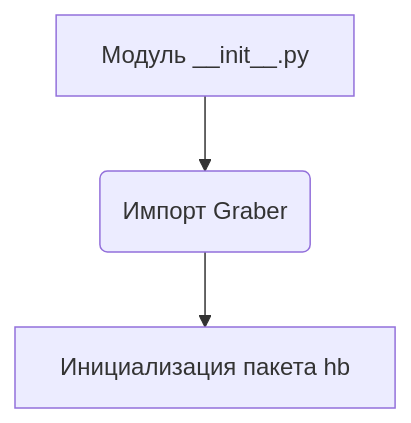
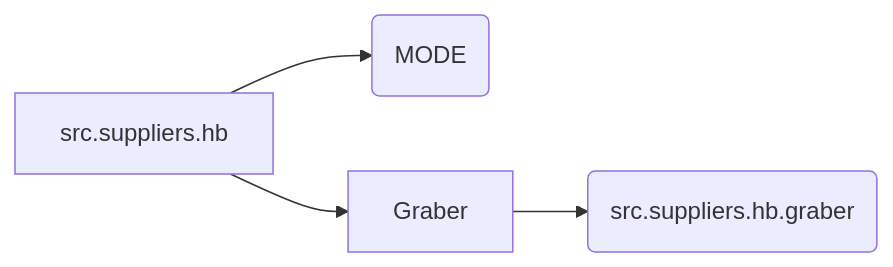
One commit to hypo69/hypo changed the diagram in docs/gemini/ru/explainer/src/suppliers/hb/__init__.md. Above: the diagram before and after it, drawn with Mermaid. The commit also changed other lines of this file and 468 other files, not shown here.

````diff
--- a/docs/gemini/ru/explainer/src/suppliers/hb/__init__.md
+++ b/docs/gemini/ru/explainer/src/suppliers/hb/__init__.md
@@ -29,5 +34,6 @@
 ```mermaid
-graph TD
-    A[Модуль __init__.py] --> B(Импорт Graber);
-    B --> C[Инициализация пакета hb];
+graph LR
+    A[src.suppliers.hb] --> B(MODE);
+    A --> C[Graber];
+    C --> D(src.suppliers.hb.graber);
 ```
````
